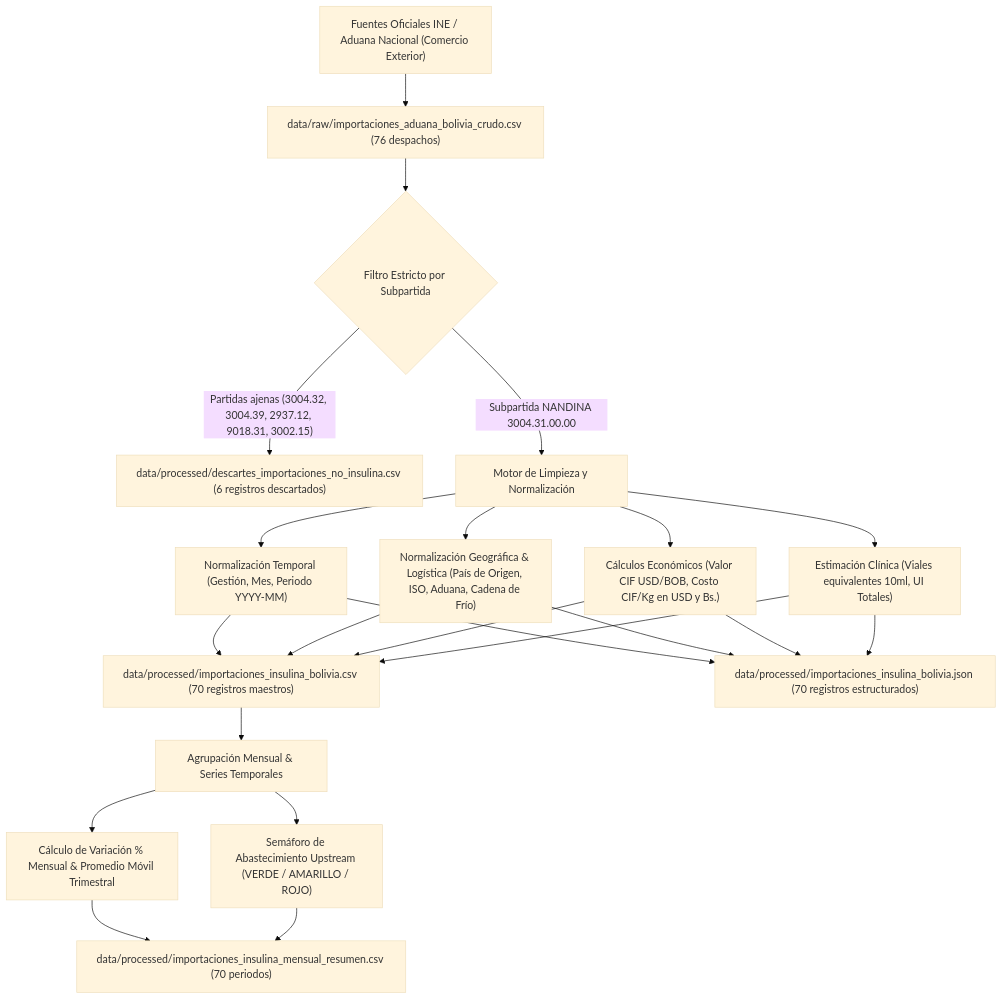
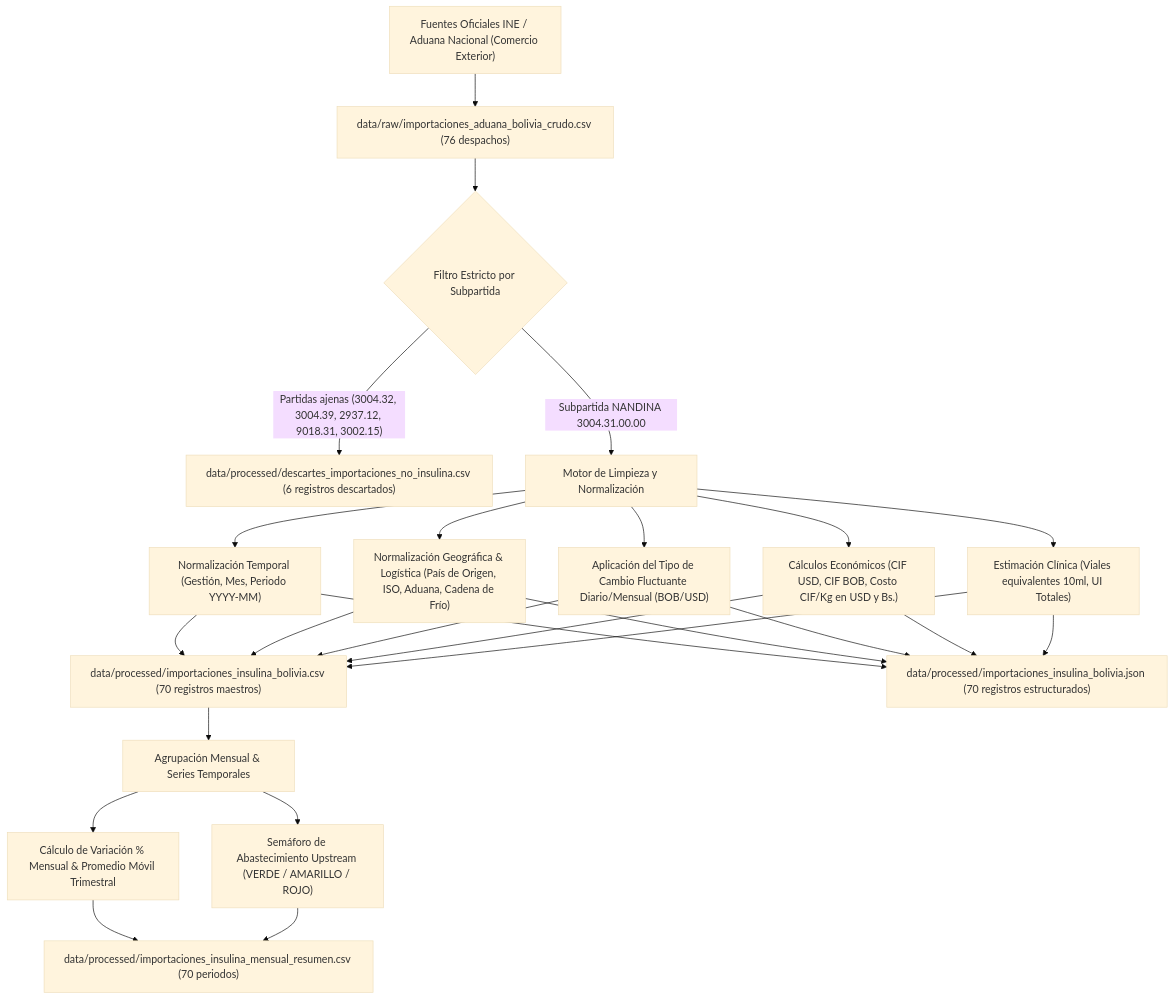
Before and after one commit to Data-Industry/Desarollo-Proyecto: the diagram in docs/02_importaciones_aduaneras.md, drawn with Mermaid (base theme). The commit also changed other lines of this file and 7 other files, not shown here.

````diff
--- a/docs/02_importaciones_aduaneras.md
+++ b/docs/02_importaciones_aduaneras.md
@@ -38,21 +53,22 @@
 ```mermaid
 flowchart TD
     A["Fuentes Oficiales INE / Aduana Nacional (Comercio Exterior)"] --> B["data/raw/importaciones_aduana_bolivia_crudo.csv (76 despachos)"]
     
     B --> C{"Filtro Estricto por Subpartida"}
     C -- "Partidas ajenas (3004.32, 3004.39, 2937.12, 9018.31, 3002.15)" --> D["data/processed/descartes_importaciones_no_insulina.csv (6 registros descartados)"]
     C -- "Subpartida NANDINA 3004.31.00.00" --> E["Motor de Limpieza y Normalización"]
     
     E --> F["Normalización Temporal (Gestión, Mes, Periodo YYYY-MM)"]
     E --> G["Normalización Geográfica & Logística (País de Origen, ISO, Aduana, Cadena de Frío)"]
-    E --> H["Cálculos Económicos (Valor CIF USD/BOB, Costo CIF/Kg en USD y Bs.)"]
-    E --> I["Estimación Clínica (Viales equivalentes 10ml, UI Totales)"]
+    E --> H["Aplicación del Tipo de Cambio Fluctuante Diario/Mensual (BOB/USD)"]
+    E --> I["Cálculos Económicos (CIF USD, CIF BOB, Costo CIF/Kg en USD y Bs.)"]
+    E --> J["Estimación Clínica (Viales equivalentes 10ml, UI Totales)"]
     
-    F & G & H & I --> J["data/processed/importaciones_insulina_bolivia.csv (70 registros maestros)"]
-    F & G & H & I --> K["data/processed/importaciones_insulina_bolivia.json (70 registros estructurados)"]
+    F & G & H & I & J --> K["data/processed/importaciones_insulina_bolivia.csv (70 registros maestros)"]
+    F & G & H & I & J --> L["data/processed/importaciones_insulina_bolivia.json (70 registros estructurados)"]
     
-    J --> L["Agrupación Mensual & Series Temporales"]
-    L --> M["Cálculo de Variación % Mensual & Promedio Móvil Trimestral"]
-    L --> N["Semáforo de Abastecimiento Upstream (VERDE / AMARILLO / ROJO)"]
-    M & N --> O["data/processed/importaciones_insulina_mensual_resumen.csv (70 periodos)"]
+    K --> M["Agrupación Mensual & Series Temporales"]
+    M --> N["Cálculo de Variación % Mensual & Promedio Móvil Trimestral"]
+    M --> O["Semáforo de Abastecimiento Upstream (VERDE / AMARILLO / ROJO)"]
+    N & O --> P["data/processed/importaciones_insulina_mensual_resumen.csv (70 periodos)"]
 ```
````
